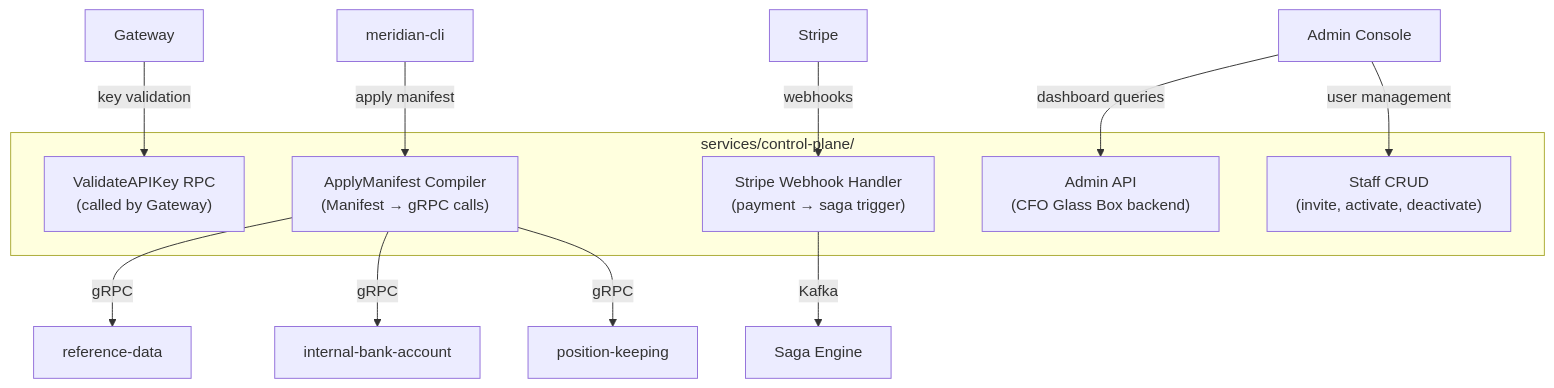
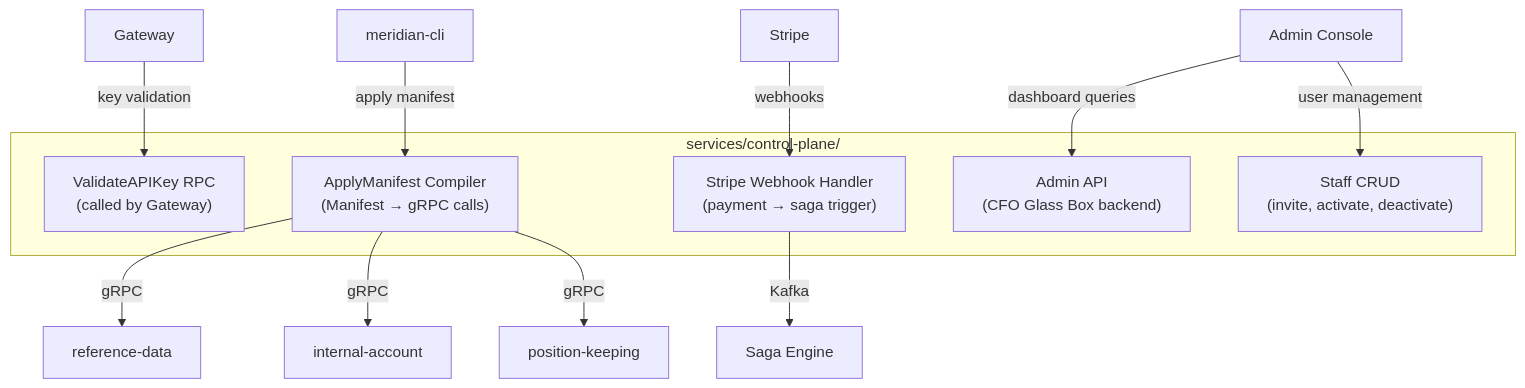
The first of 11 diagrams in docs/prd/014-control-plane.md (meridianhub/meridian), drawn with Mermaid before and after one commit. The commit also changed other lines of this file and 312 other files, not shown here.

First line of the commit message:
refactor: rename internal-bank-account service to internal-account

````diff
--- a/docs/prd/014-control-plane.md
+++ b/docs/prd/014-control-plane.md
@@ -90,21 +90,21 @@
 ```mermaid
 graph TD
     subgraph "services/control-plane/"
         CP1["ValidateAPIKey RPC\n(called by Gateway)"]
         CP2["ApplyManifest Compiler\n(Manifest → gRPC calls)"]
         CP3["Stripe Webhook Handler\n(payment → saga trigger)"]
         CP4["Admin API\n(CFO Glass Box backend)"]
         CP5["Staff CRUD\n(invite, activate, deactivate)"]
     end
 
     GW[Gateway] -->|key validation| CP1
     CLI["meridian-cli"] -->|apply manifest| CP2
     Stripe[Stripe] -->|webhooks| CP3
     UI["Admin Console"] -->|dashboard queries| CP4
     UI -->|user management| CP5
 
     CP2 -->|gRPC| RD[reference-data]
-    CP2 -->|gRPC| IBA[internal-bank-account]
+    CP2 -->|gRPC| IBA[internal-account]
     CP2 -->|gRPC| PK[position-keeping]
     CP3 -->|Kafka| SAGA[Saga Engine]
 ```
````
